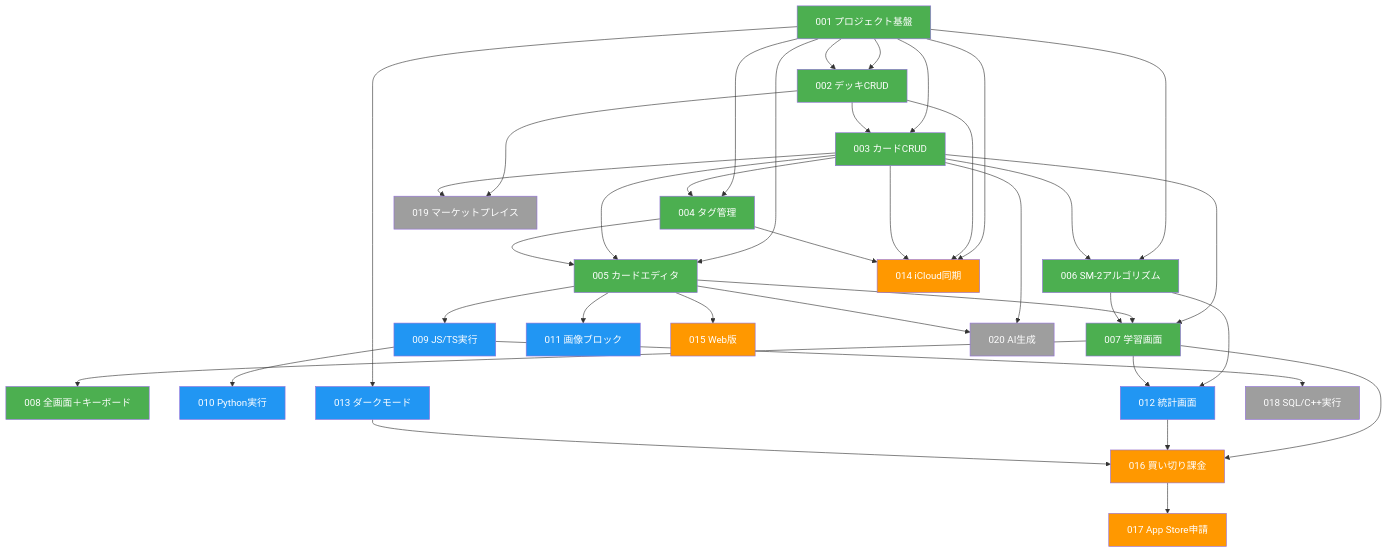
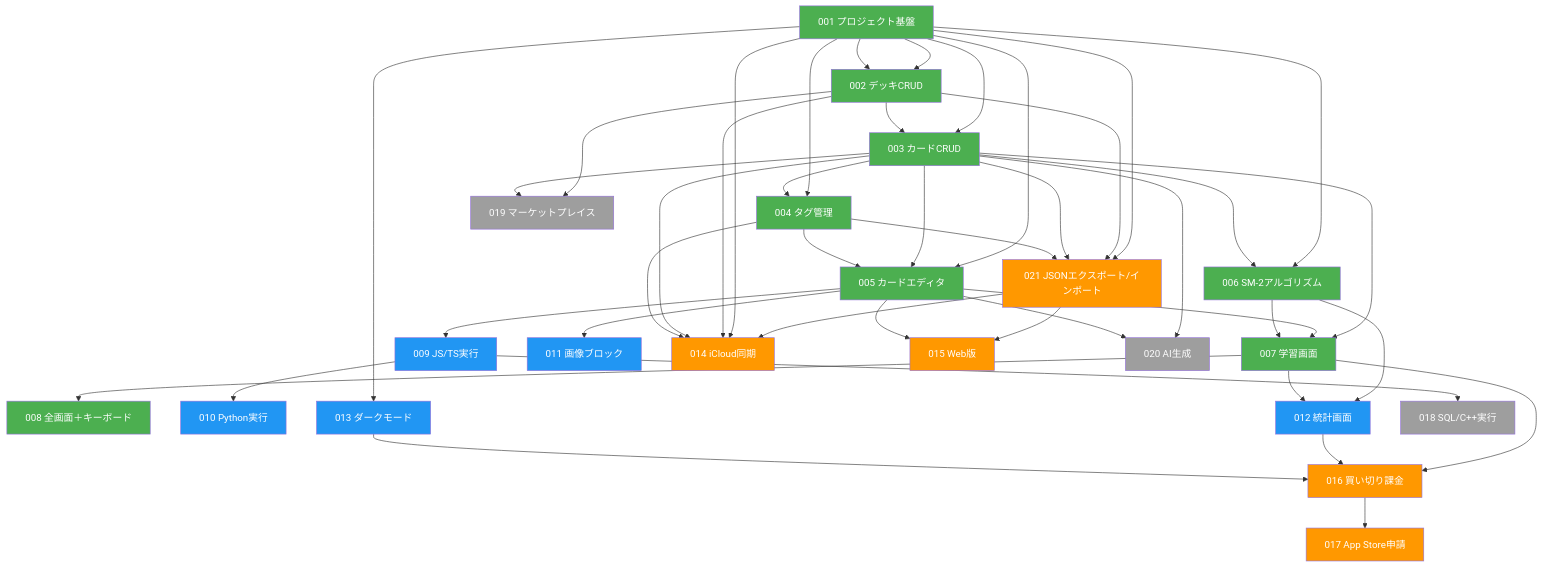
Before and after one commit to JJJ-24/CodeFlash: the diagram in docs/000-ticket-overview.md, drawn with Mermaid. The commit also changed other lines of this file and 1 other file, not shown here.

Commit message:
docsにチケット021ファイル追加

```diff
--- a/docs/000-ticket-overview.md
+++ b/docs/000-ticket-overview.md
@@ -77,6 +78,13 @@
     007 --> 012
 
     001 --> 013[013 ダークモード]
+
+    001 --> 021[021 JSONエクスポート/インポート]
+    002 --> 021
+    003 --> 021
+    004 --> 021
+    021 --> 014
+    021 --> 015
 
     001 --> 014[014 iCloud同期]
     002 --> 014
@@ -116,6 +124,7 @@
     style 015 fill:#FF9800,color:#fff
     style 016 fill:#FF9800,color:#fff
     style 017 fill:#FF9800,color:#fff
+    style 021 fill:#FF9800,color:#fff
     style 018 fill:#9E9E9E,color:#fff
     style 019 fill:#9E9E9E,color:#fff
     style 020 fill:#9E9E9E,color:#fff
```
